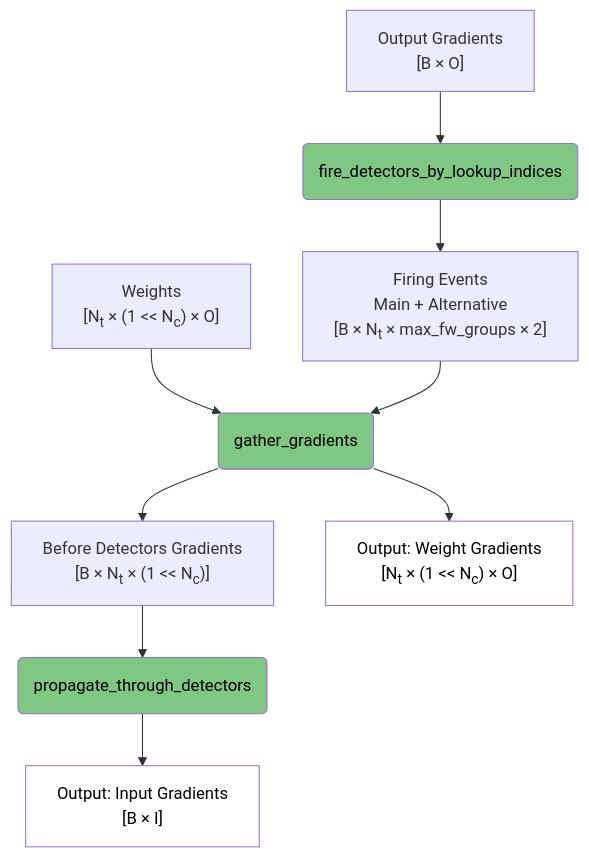
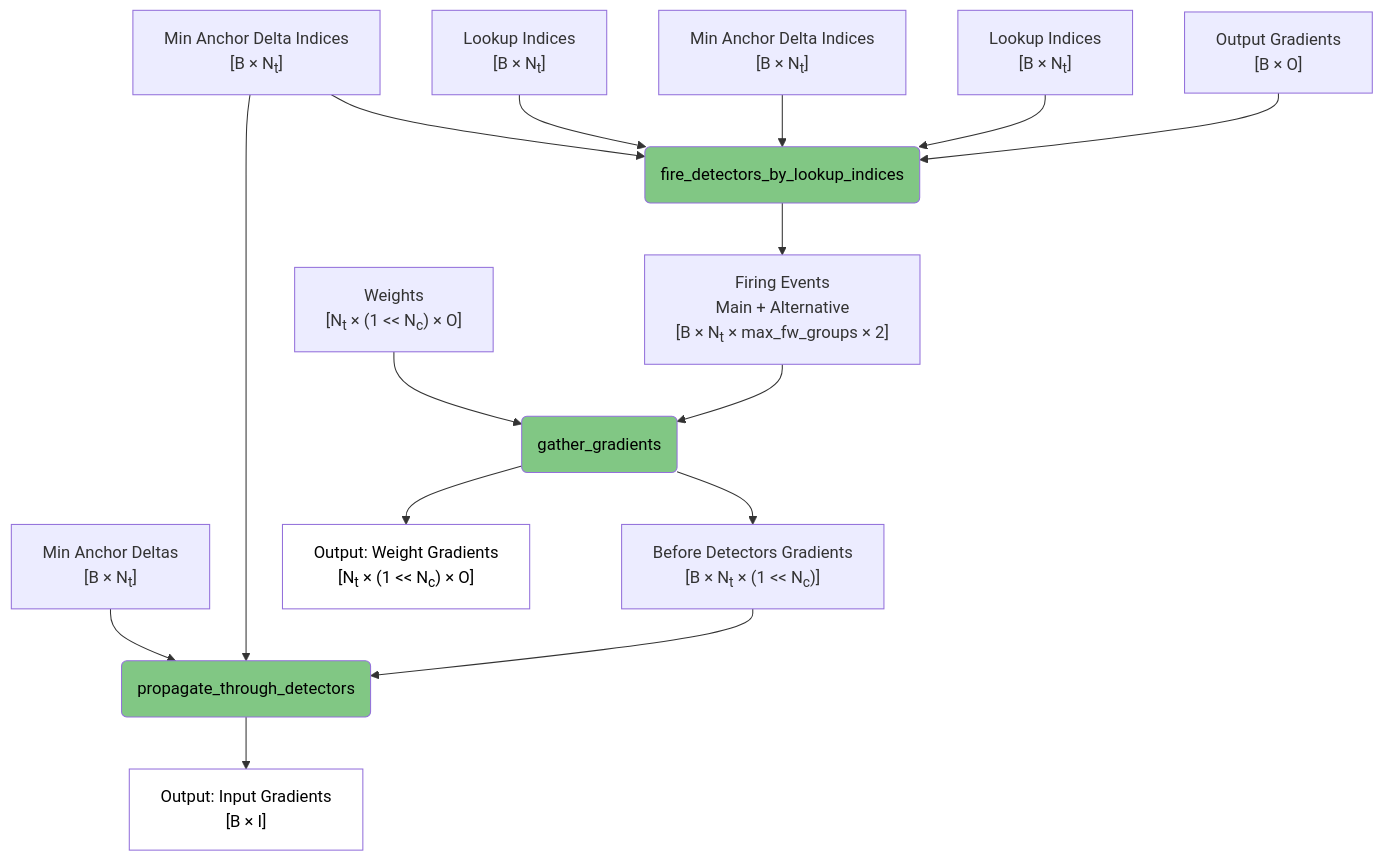
The fourth of 6 diagrams in spiky_cuda/lut/doc/LUT_RUNTIME_DATA_FLOW.md (anatoli-starostin/spiky), drawn with Mermaid before and after one commit. The commit also changed other lines of this file, not shown here.

````diff
--- a/spiky_cuda/lut/doc/LUT_RUNTIME_DATA_FLOW.md
+++ b/spiky_cuda/lut/doc/LUT_RUNTIME_DATA_FLOW.md
@@ -93,21 +99,29 @@
 ```mermaid
 flowchart TD
     A["Output Gradients<br/>[B × O]"] --> B(fire_detectors_by_lookup_indices)
+    
+    L5["Lookup Indices<br/>[B × N<sub>t</sub>]"] --> B
+    M9["Min Anchor Delta Indices<br/>[B × N<sub>t</sub>]"] --> B
     
     B --> C["Firing Events<br/>Main&nbsp;+&nbsp;Alternative<br/>[B&nbsp;×&nbsp;N<sub>t</sub>&nbsp;×&nbsp;max_fw_groups&nbsp;×&nbsp;2]"]
     
     W4["Weights<br/>[N<sub>t</sub> × (1 << N<sub>c</sub>) × O]"] --> D(gather_gradients)
     C --> D
+    
+    L2["Lookup Indices<br/>[B × N<sub>t</sub>]"] --> B
+    M3["Min Anchor Deltas<br/>[B × N<sub>t</sub>]"] --> G
+    M4["Min Anchor Delta Indices<br/>[B × N<sub>t</sub>]"] --> B
+    M4 --> G
     
     D --> E["Before Detectors Gradients<br/>[B × N<sub>t</sub> × (1 << N<sub>c</sub>)]"]
     D --> F["Output: Weight Gradients<br/>[N<sub>t</sub>&nbsp;×&nbsp;(1&nbsp;<<&nbsp;N<sub>c</sub>)&nbsp;×&nbsp;O]"]
     
     E --> G(propagate_through_detectors)
     G --> H["Output: Input Gradients<br/>[B × I]"]
     
     style B fill:#81c784,color:#000000
     style D fill:#81c784,color:#000000
     style G fill:#81c784,color:#000000
     style F fill:#ffffff,color:#000000
     style H fill:#ffffff,color:#000000
 ```
````
